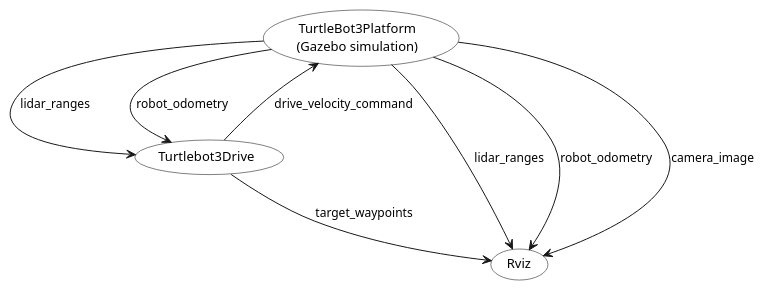
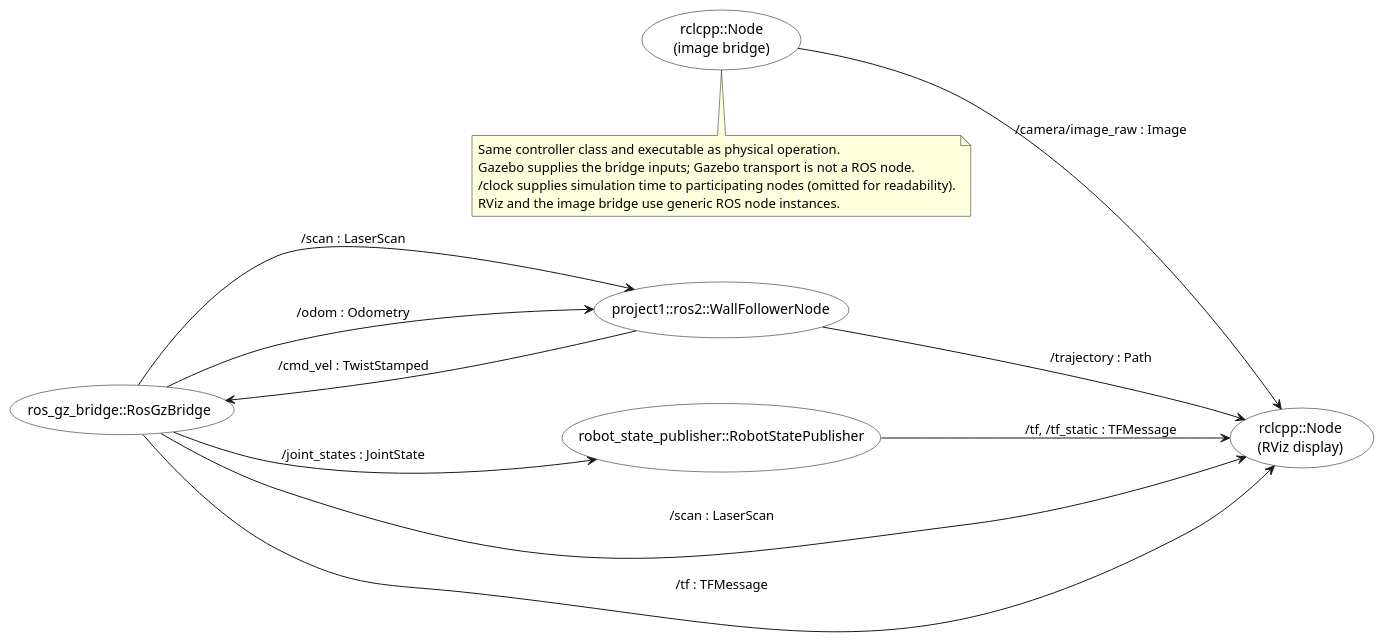
Before and after one commit to cowwwww/MTRX3760_Group30_Project1: the diagram in Report_ROS/ROS_diagram_simulation.puml, drawn with PlantUML. The commit also changed 820 other files, not shown here.

Commit message:
Consolidate Project 1 into one shared wall follower

```diff
--- a/Report_ROS/ROS_diagram_simulation.puml
+++ b/Report_ROS/ROS_diagram_simulation.puml
@@ -1,24 +1,28 @@
 @startuml
-
+left to right direction
 skinparam shadowing false
-skinparam usecase {
-  BackgroundColor White
-  BorderColor Black
-  FontSize 13
-}
-skinparam ArrowFontSize 12
-skinparam nodesep 40
-skinparam ranksep 55
-
-usecase "TurtleBot3Platform\n(Gazebo simulation)" as Platform
-usecase "Turtlebot3Drive" as Drive
-usecase "Rviz" as Rviz
-
-Platform --> Drive : lidar_ranges
-Platform --> Drive : robot_odometry
-Drive --> Platform : drive_velocity_command
-Drive --> Rviz     : target_waypoints
-Platform --> Rviz  : lidar_ranges
-Platform --> Rviz  : robot_odometry
-Platform --> Rviz  : camera_image
+skinparam usecaseBackgroundColor White
+skinparam usecaseBorderColor Black
+skinparam nodesep 65
+skinparam ranksep 85
+usecase "ros_gz_bridge::RosGzBridge" as Bridge
+usecase "project1::ros2::WallFollowerNode" as Follower
+usecase "robot_state_publisher::RobotStatePublisher" as State
+usecase "rclcpp::Node\n(RViz display)" as Rviz
+usecase "rclcpp::Node\n(image bridge)" as Image
+Bridge --> Follower : /scan : LaserScan
+Bridge --> Follower : /odom : Odometry
+Follower --> Bridge : /cmd_vel : TwistStamped
+Bridge --> State : /joint_states : JointState
+State --> Rviz : /tf, /tf_static : TFMessage
+Bridge --> Rviz : /scan : LaserScan
+Bridge --> Rviz : /tf : TFMessage
+Follower --> Rviz : /trajectory : Path
+Image --> Rviz : /camera/image_raw : Image
+note bottom
+Same controller class and executable as physical operation.
+Gazebo supplies the bridge inputs; Gazebo transport is not a ROS node.
+/clock supplies simulation time to participating nodes (omitted for readability).
+RViz and the image bridge use generic ROS node instances.
+end note
 @enduml
```
